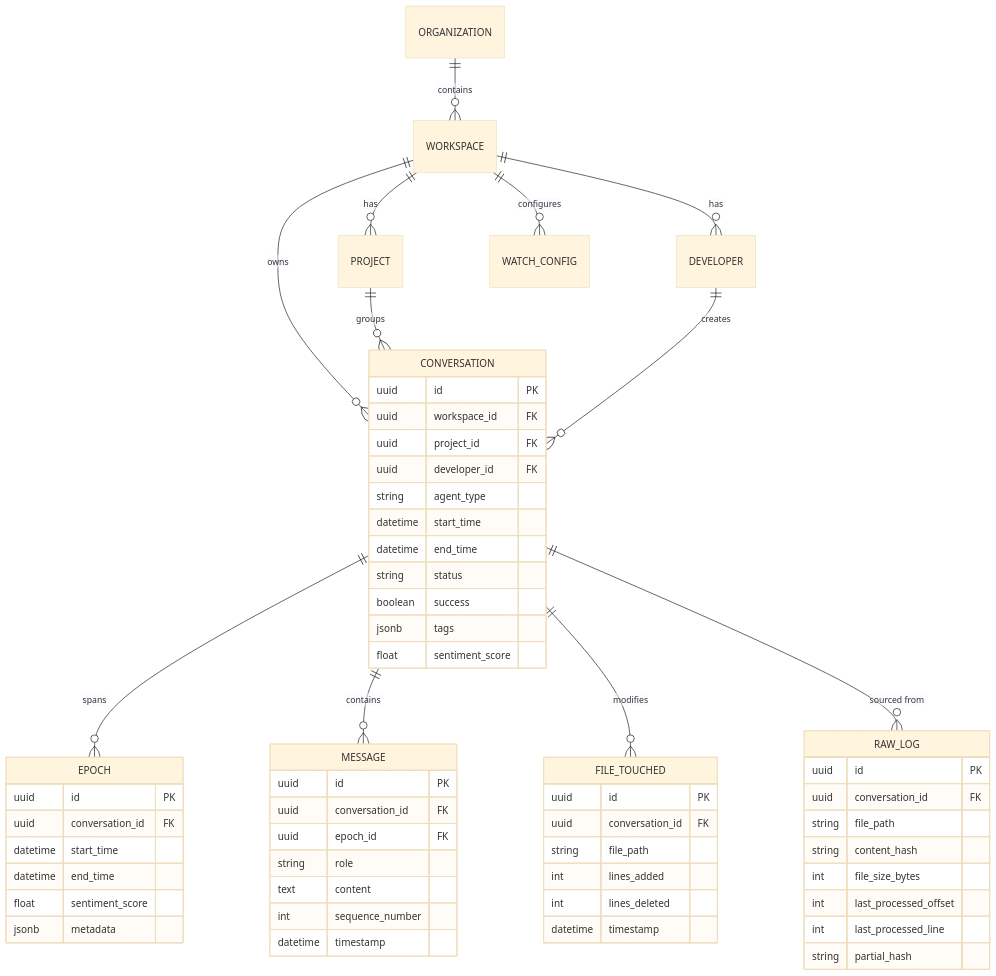
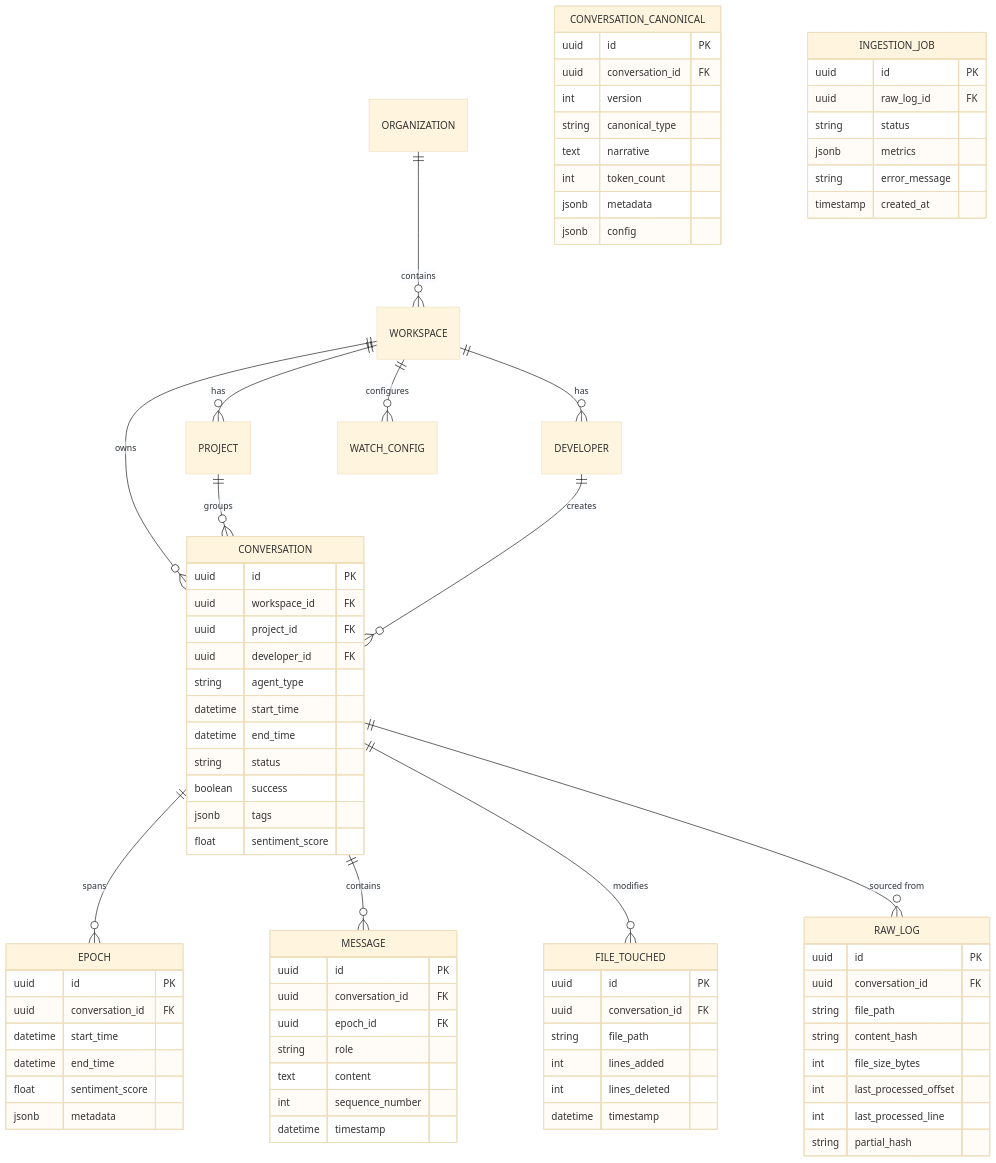
Before and after one commit to brianmjohnson/catsyphon: the fifth of 12 diagrams in ARCHITECTURE.md, drawn with Mermaid (base theme). The commit also changed other lines of this file and 3 other files, not shown here.

````diff
--- a/ARCHITECTURE.md
+++ b/ARCHITECTURE.md
@@ -356,4 +372,24 @@
         int last_processed_line
         string partial_hash
     }
+
+    CONVERSATION_CANONICAL {
+        uuid id PK
+        uuid conversation_id FK
+        int version
+        string canonical_type
+        text narrative
+        int token_count
+        jsonb metadata
+        jsonb config
+    }
+
+    INGESTION_JOB {
+        uuid id PK
+        uuid raw_log_id FK
+        string status
+        jsonb metrics
+        string error_message
+        timestamp created_at
+    }
 ```
````
